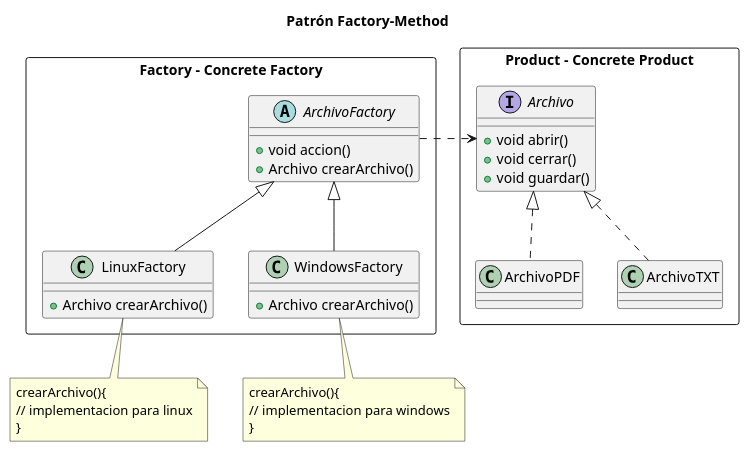
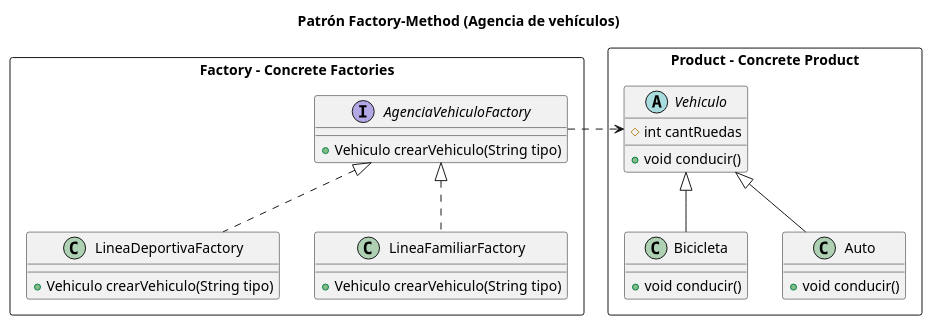
Before and after one commit to manu-utn/bitacora-diseno-de-sistemas: diagram 13 of 33 in practica/patrones-de-diseño/README.org, drawn with PlantUML. The commit also changed other lines of this file and 86 other files, not shown here.

First line of the commit message:
Practica - Diagramas de Clases

```diff
--- a/practica/patrones-de-diseño/README.org
+++ b/practica/patrones-de-diseño/README.org
@@ -369,68 +1195,56 @@
-   #+BEGIN_SRC plantuml :file diagramas-de-clases/archivo-factory.png :exports results
+   #+BEGIN_SRC plantuml :file diagramas-de-clases/agencia-vehiculos-factory.png :exports results
      @startuml
-     Title Patrón Factory-Method
+     Title Patrón Factory-Method (Agencia de vehículos)
 
      ' ================
      ' ==== CLASES ====
      ' ================
 
      rectangle "Product - Concrete Product" as A{
-         interface Archivo{
-             +void abrir()
-             +void cerrar()
-             +void guardar()
+         abstract class Vehiculo{
+             #int cantRuedas
+             +void conducir()
          }
-    
-         class ArchivoPDF
-         class ArchivoTXT
+
+         class Bicicleta{
+             +void conducir()
+         }
+
+         class Auto{
+             +void conducir()
+         }
      }
 
+     rectangle "Factory - Concrete Factories" as B{
+         interface AgenciaVehiculoFactory{
+             +Vehiculo crearVehiculo(String tipo)
+         }
 
-     rectangle "Factory - Concrete Factory" as B{
-         abstract class ArchivoFactory{
-             +void accion()
-             +Archivo crearArchivo()
+         class LineaDeportivaFactory{
+             +Vehiculo crearVehiculo(String tipo)
          }
-    
-         class WindowsFactory{
-             +Archivo crearArchivo()
-         }
-    
-         class LinuxFactory{
-             +Archivo crearArchivo()
+
+         class LineaFamiliarFactory{
+             +Vehiculo crearVehiculo(String tipo)
          }
      }
+
 
      ' ================
      ' == RELACIONES ==
      ' ================
 
-     ArchivoPDF .u.|> Archivo
-     ArchivoTXT .u.|> Archivo
+     Bicicleta   -u-|> Vehiculo
+     Auto        -u-|> Vehiculo
 
-     WindowsFactory  -u-|> ArchivoFactory
-     LinuxFactory    -u-|> ArchivoFactory
+     AgenciaVehiculoFactory .r.> Vehiculo
 
-     ArchivoFactory  .r.> Archivo
+     LineaDeportivaFactory .u.|> AgenciaVehiculoFactory
+     LineaFamiliarFactory .u.|> AgenciaVehiculoFactory
 
      ' ================
      ' ==== NOTAS =====
      ' ================
 
-     note as N1
-     crearArchivo(){
-     // implementacion para windows
-     }
-     end note
-
-     note as N2
-     crearArchivo(){
-     // implementacion para linux
-     }
-     end note
-
-     N1 .u. WindowsFactory
-     N2 .u. LinuxFactory
-
      @enduml
    #+END_SRC
```
